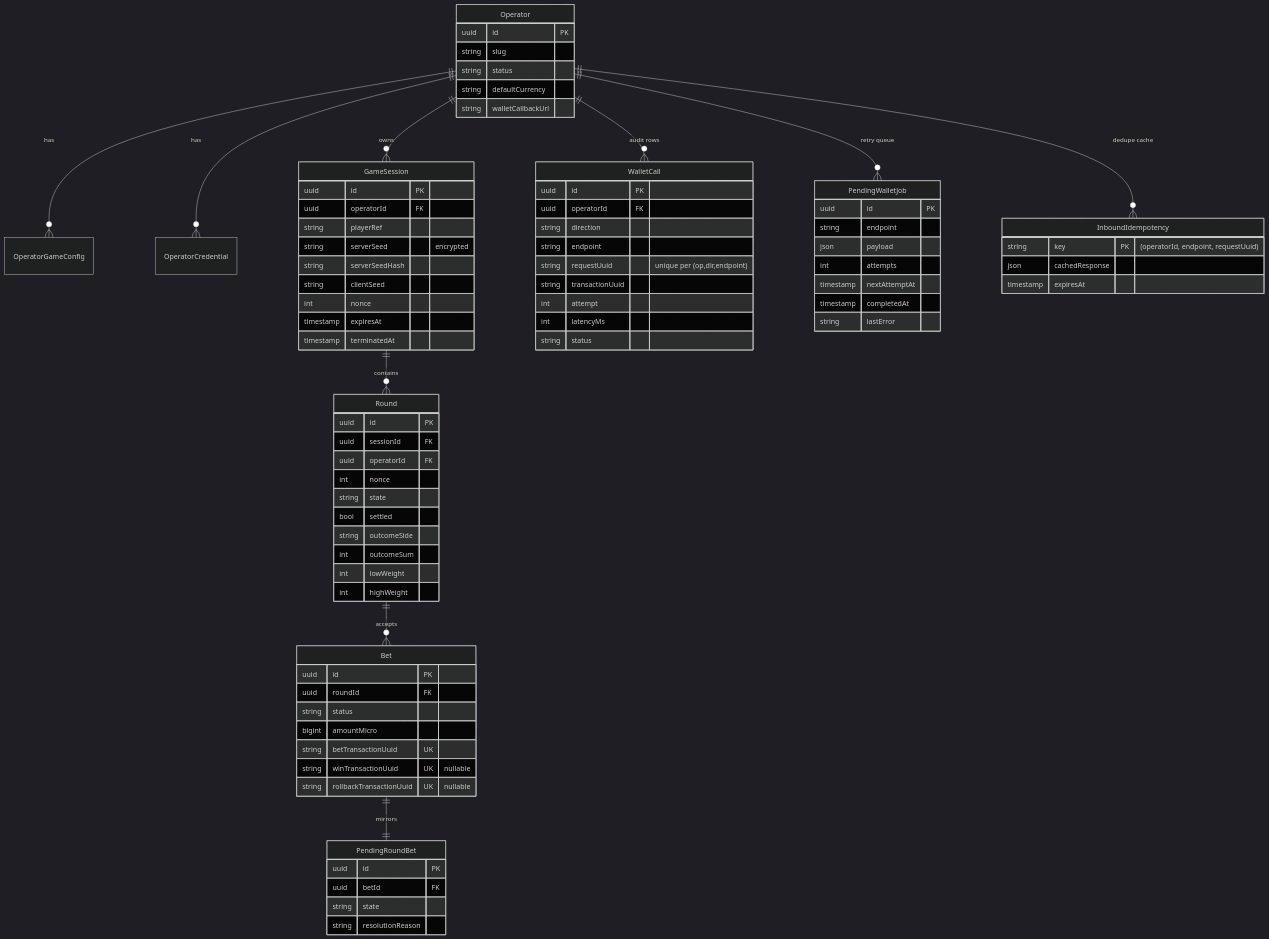
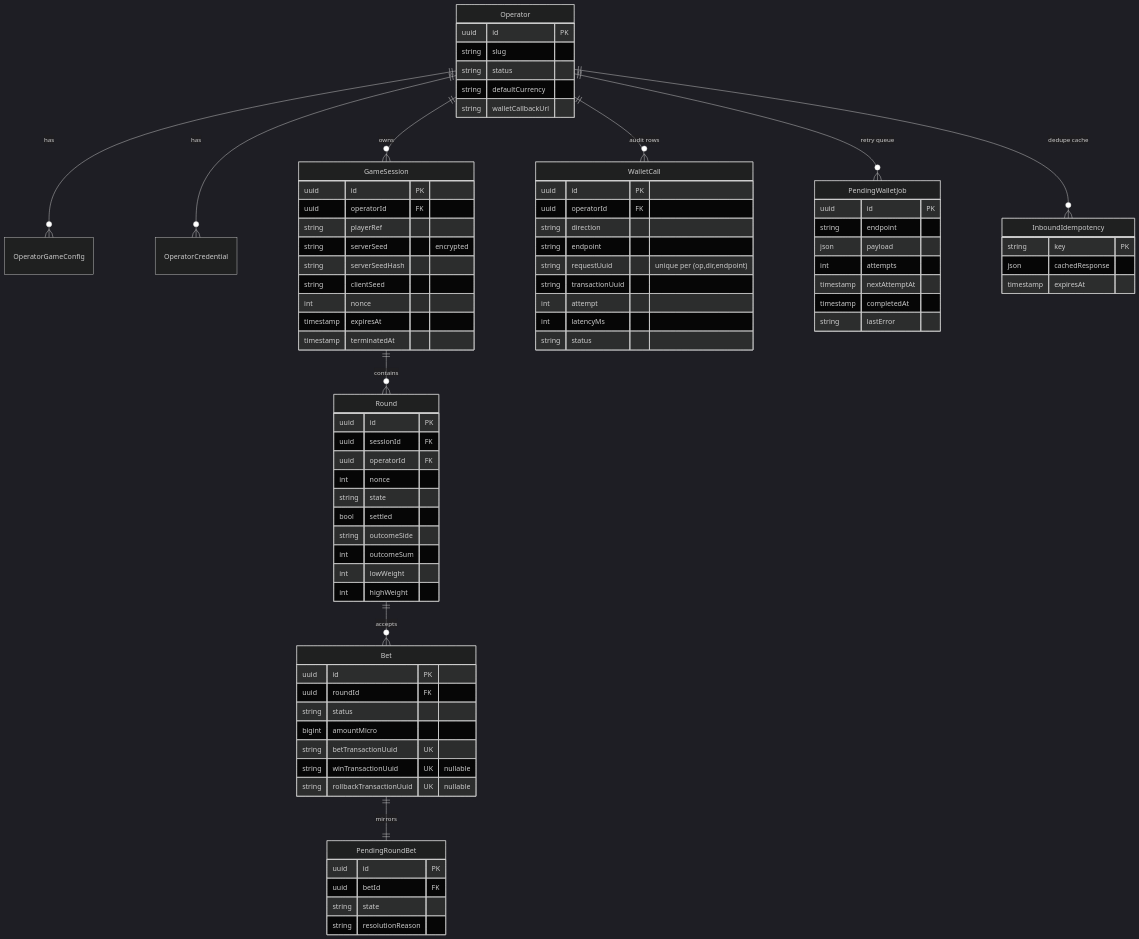
One commit to dinethlive/yantra-gaming changed the ninth of 9 diagrams in docs/architecture.md. Above: the diagram before and after it, drawn with Mermaid (dark theme). The commit also changed other lines of this file, not shown here.

First line of the commit message:
docs(architecture): fix mermaid rendering and color contrast

```diff
--- a/docs/architecture.md
+++ b/docs/architecture.md
@@ -450,7 +413,7 @@
         string resolutionReason
     }
     InboundIdempotency {
-        string key PK "(operatorId, endpoint, requestUuid)"
+        string key PK
         json cachedResponse
         timestamp expiresAt
     }
```
